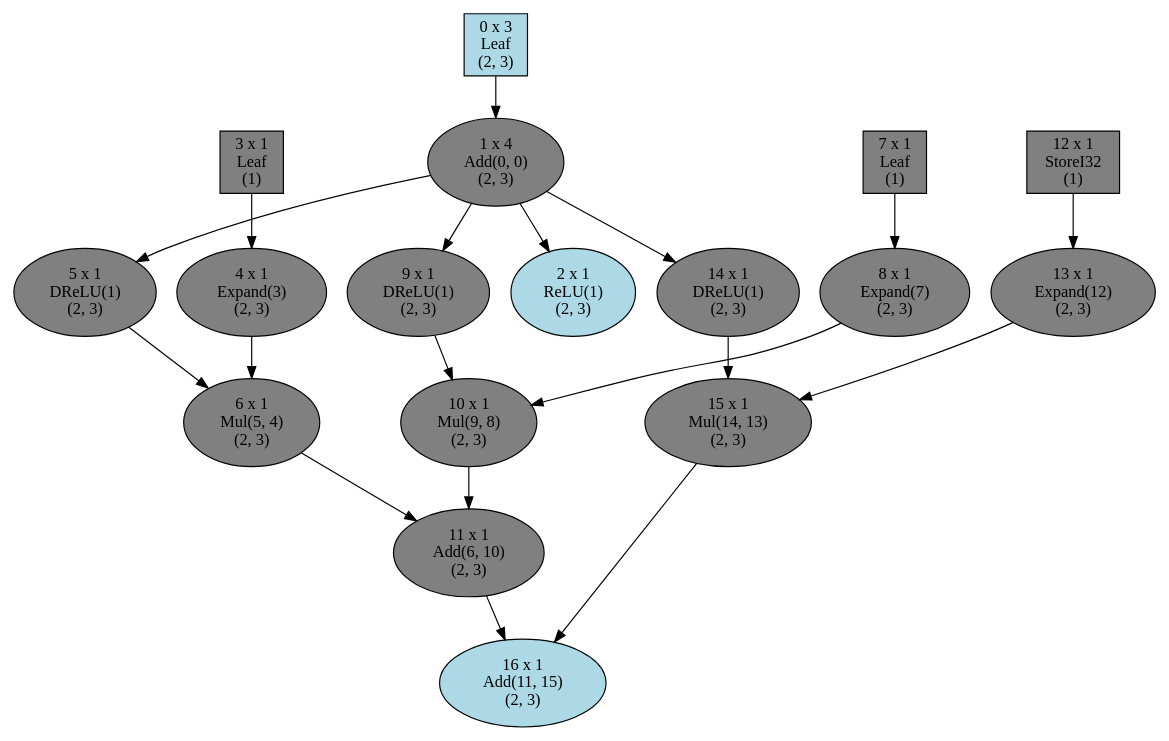
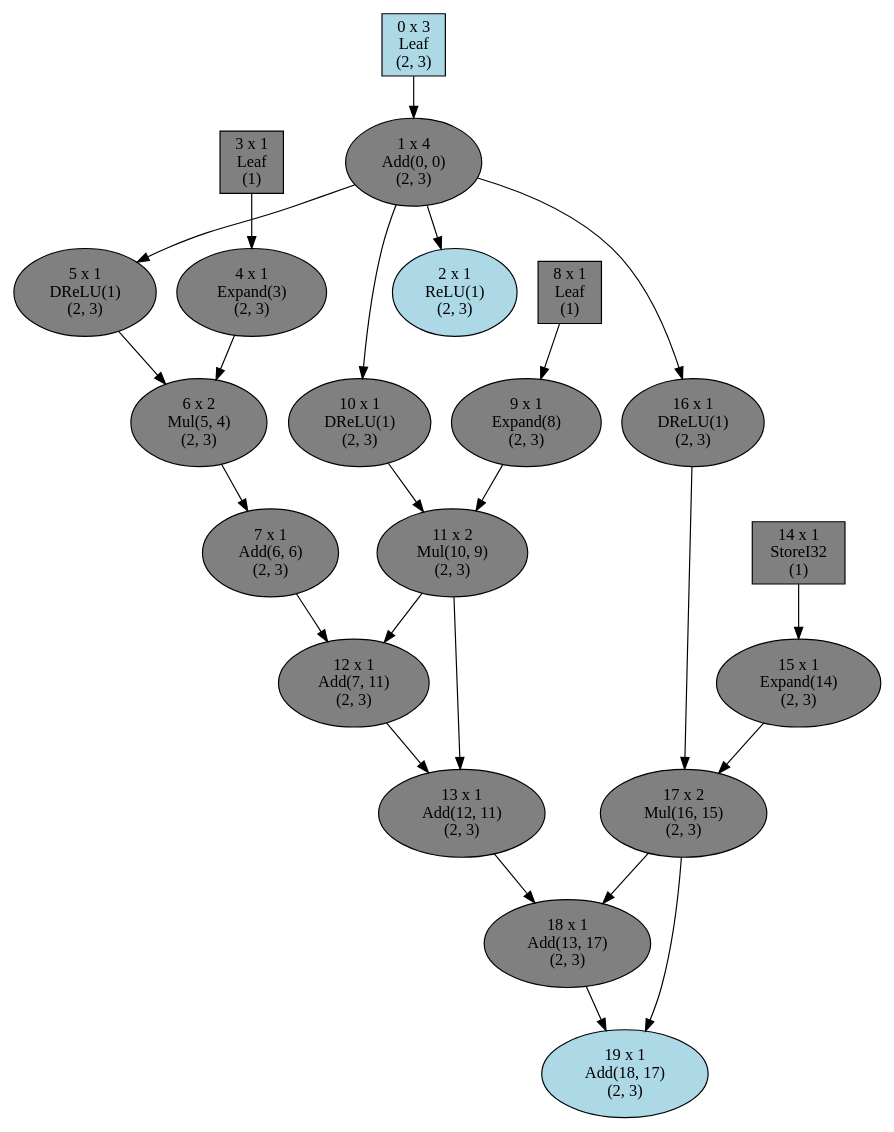
The diagram in graph.dot (zk4x/zyx), drawn with Graphviz before and after one commit. The commit also changed 4 other files, not shown here.

```diff
--- a/graph.dot
+++ b/graph.dot
@@ -1,74 +1,89 @@
 strict digraph {
   ordering=in
   rank=source
   0[label="0 x 3
 Leaf
 (2, 3)", shape=box, fillcolor="lightblue", style=filled]
   1[label="1 x 4
 Add(0, 0)
 (2, 3)", shape=oval, fillcolor="grey", style=filled]
   2[label="2 x 1
 ReLU(1)
 (2, 3)", shape=oval, fillcolor="lightblue", style=filled]
   3[label="3 x 1
 Leaf
 (1)", shape=box, fillcolor="grey", style=filled]
   4[label="4 x 1
 Expand(3)
 (2, 3)", shape=oval, fillcolor="grey", style=filled]
   5[label="5 x 1
 DReLU(1)
 (2, 3)", shape=oval, fillcolor="grey", style=filled]
-  6[label="6 x 1
+  6[label="6 x 2
 Mul(5, 4)
 (2, 3)", shape=oval, fillcolor="grey", style=filled]
   7[label="7 x 1
+Add(6, 6)
+(2, 3)", shape=oval, fillcolor="grey", style=filled]
+  8[label="8 x 1
 Leaf
 (1)", shape=box, fillcolor="grey", style=filled]
-  8[label="8 x 1
-Expand(7)
+  9[label="9 x 1
+Expand(8)
 (2, 3)", shape=oval, fillcolor="grey", style=filled]
-  9[label="9 x 1
+  10[label="10 x 1
 DReLU(1)
 (2, 3)", shape=oval, fillcolor="grey", style=filled]
-  10[label="10 x 1
-Mul(9, 8)
-(2, 3)", shape=oval, fillcolor="grey", style=filled]
-  11[label="11 x 1
-Add(6, 10)
+  11[label="11 x 2
+Mul(10, 9)
 (2, 3)", shape=oval, fillcolor="grey", style=filled]
   12[label="12 x 1
+Add(7, 11)
+(2, 3)", shape=oval, fillcolor="grey", style=filled]
+  13[label="13 x 1
+Add(12, 11)
+(2, 3)", shape=oval, fillcolor="grey", style=filled]
+  14[label="14 x 1
 StoreI32
 (1)", shape=box, fillcolor="grey", style=filled]
-  13[label="13 x 1
-Expand(12)
+  15[label="15 x 1
+Expand(14)
 (2, 3)", shape=oval, fillcolor="grey", style=filled]
-  14[label="14 x 1
+  16[label="16 x 1
 DReLU(1)
 (2, 3)", shape=oval, fillcolor="grey", style=filled]
-  15[label="15 x 1
-Mul(14, 13)
+  17[label="17 x 2
+Mul(16, 15)
 (2, 3)", shape=oval, fillcolor="grey", style=filled]
-  16[label="16 x 1
-Add(11, 15)
+  18[label="18 x 1
+Add(13, 17)
+(2, 3)", shape=oval, fillcolor="grey", style=filled]
+  19[label="19 x 1
+Add(18, 17)
 (2, 3)", shape=oval, fillcolor="lightblue", style=filled]
   0 -> 1
   0 -> 1
   1 -> 2
   3 -> 4
   1 -> 5
   5 -> 6
   4 -> 6
-  7 -> 8
-  1 -> 9
-  9 -> 10
-  8 -> 10
-  6 -> 11
+  6 -> 7
+  6 -> 7
+  8 -> 9
+  1 -> 10
   10 -> 11
+  9 -> 11
+  7 -> 12
+  11 -> 12
   12 -> 13
-  1 -> 14
+  11 -> 13
   14 -> 15
-  13 -> 15
-  11 -> 16
-  15 -> 16
+  1 -> 16
+  16 -> 17
+  15 -> 17
+  13 -> 18
+  17 -> 18
+  18 -> 19
+  17 -> 19
 }
```
